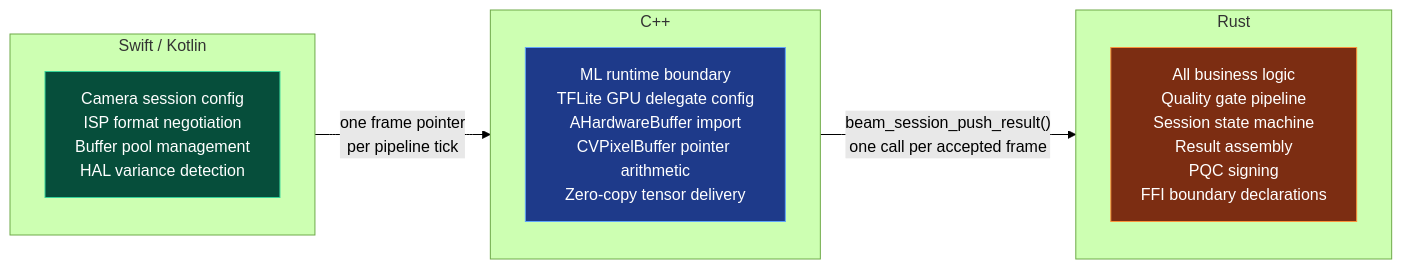
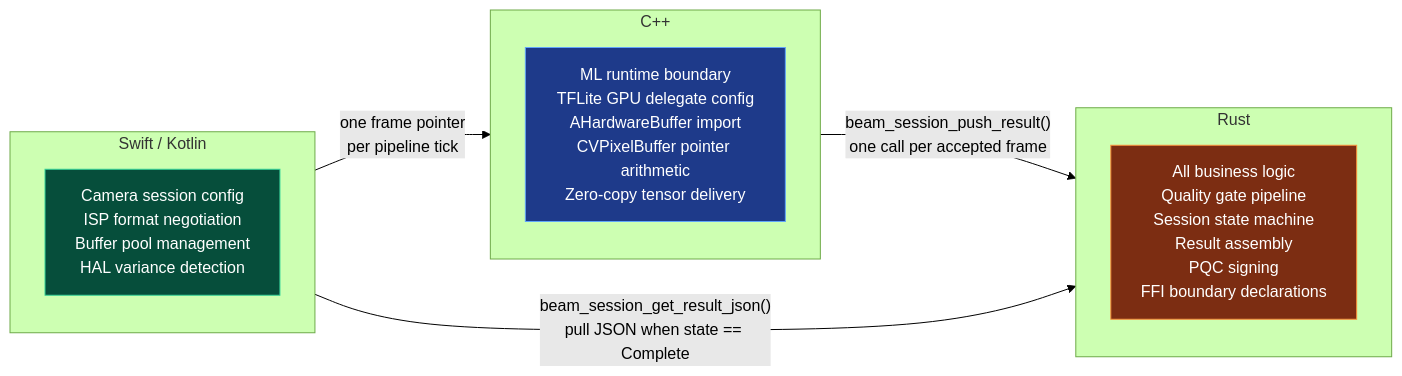
One commit to NeoOne601/beam-sdk changed the second of 11 diagrams in README.md. Above: the diagram before and after it, drawn with Mermaid (forest theme). The commit also changed other lines of this file and 19 other files, not shown here.

````diff
--- a/README.md
+++ b/README.md
@@ -74,24 +74,25 @@
 ```mermaid
 flowchart LR
     subgraph SWIFT["Swift / Kotlin"]
         S1["Camera session config\nISP format negotiation\nBuffer pool management\nHAL variance detection"]
     end
 
     subgraph CPP["C++"]
         C1["ML runtime boundary\nTFLite GPU delegate config\nAHardwareBuffer import\nCVPixelBuffer pointer arithmetic\nZero-copy tensor delivery"]
     end
 
     subgraph RUST["Rust"]
         R1["All business logic\nQuality gate pipeline\nSession state machine\nResult assembly\nPQC signing\nFFI boundary declarations"]
     end
 
     SWIFT -->|"one frame pointer\nper pipeline tick"| CPP
     CPP -->|"beam_session_push_result()\none call per accepted frame"| RUST
+    SWIFT -->|"beam_session_get_result_json()\npull JSON when state == Complete"| RUST
 
     classDef swift fill:#064e3b,stroke:#34d399,color:#fff
     classDef cpp fill:#1e3a8a,stroke:#60a5fa,color:#fff
     classDef rust fill:#7c2d12,stroke:#fb923c,color:#fff
     class S1 swift
     class C1 cpp
     class R1 rust
 ```
````
